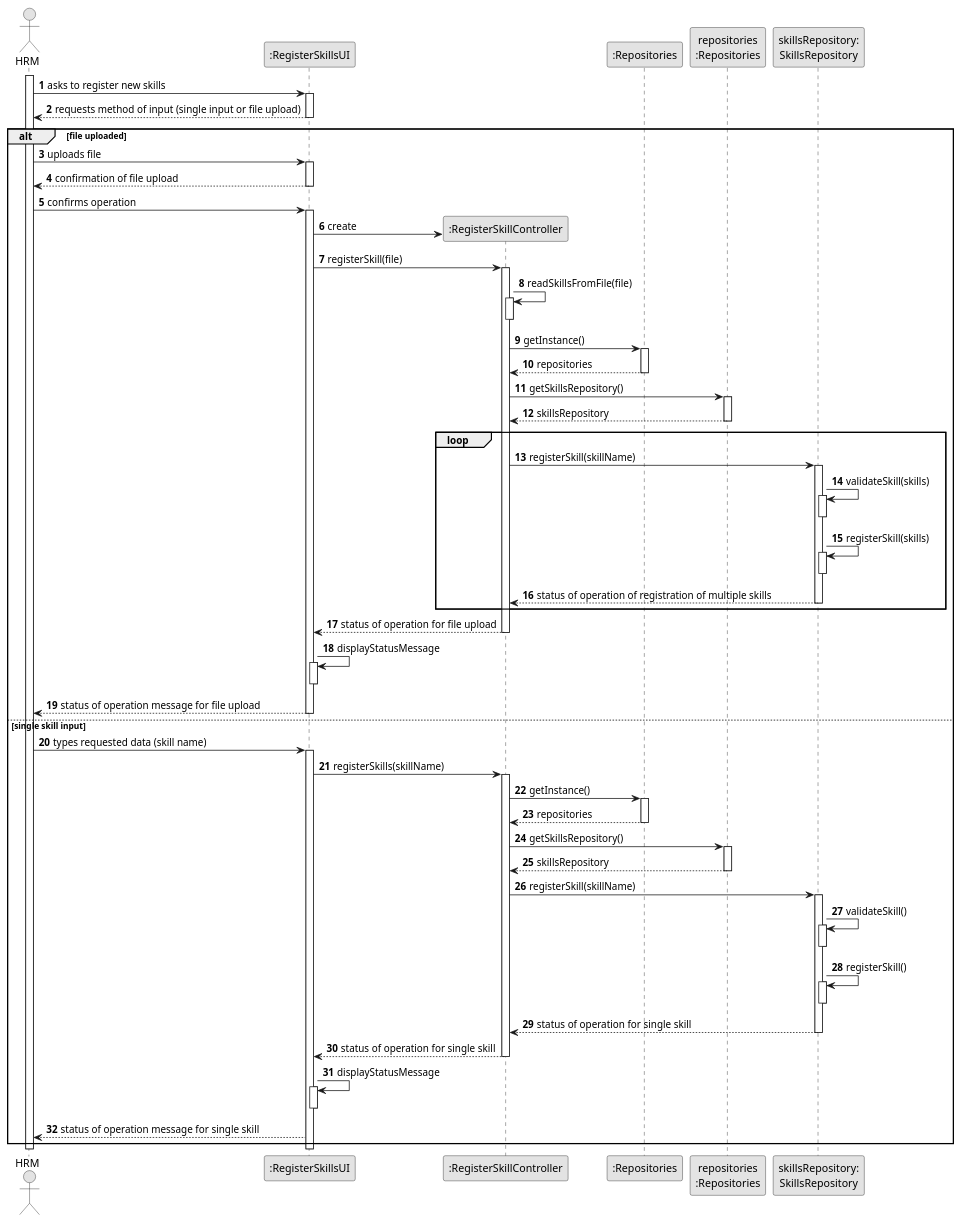
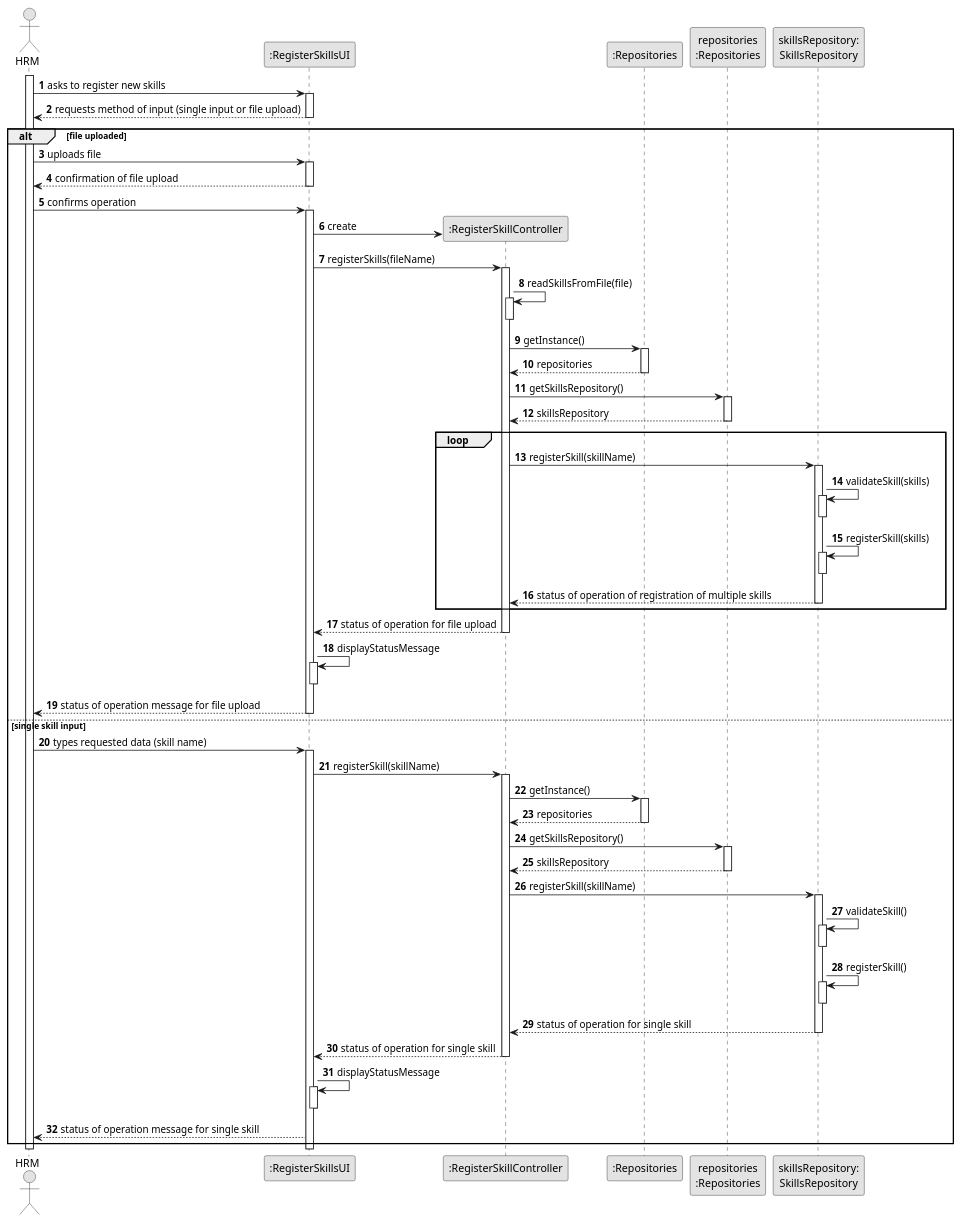
The diagram in docs/sprintB/us001/03.design/puml/us001-sequence-diagram-fullv2.puml (Departamento-de-Engenharia-Informatica/lei-24-s2-1do-g164), drawn with PlantUML before and after one commit. The commit also changed 2 other files, not shown here.

Commit message:
US01(implementation): controller finished (only small corrections required), changes in the sequence diagram

```diff
--- a/docs/sprintB/us001/03.design/puml/us001-sequence-diagram-fullv2.puml
+++ b/docs/sprintB/us001/03.design/puml/us001-sequence-diagram-fullv2.puml
@@ -1,134 +1,134 @@
 @startuml
 skinparam monochrome true
 skinparam packageStyle rectangle
 skinparam shadowing false
 
 autonumber
 
 'hide footbox
 actor "HRM" as ADM
 participant ":RegisterSkillsUI" as UI
 participant ":RegisterSkillController" as CTRL
 participant ":Repositories" as RepositorySingleton
 participant "repositories\n:Repositories" as PLAT
 participant "skillsRepository:\nSkillsRepository" as skillsRepository
 
 
 activate ADM
 
     ADM -> UI : asks to register new skills
     activate UI
     UI --> ADM : requests method of input (single input or file upload)
     deactivate UI
 
 
 
     ' Branch for handling file upload
     alt file uploaded
 
 
 
             ADM -> UI : uploads file
             activate UI
 
 
 
             UI --> ADM : confirmation of file upload
             deactivate UI
 
             ADM -> UI : confirms operation
             activate UI
 
             UI -> CTRL** : create
-        UI -> CTRL : registerSkill(file)
+        UI -> CTRL : registerSkills(fileName)
         activate CTRL
 
         CTRL -> CTRL : readSkillsFromFile(file)
                 activate CTRL
                 deactivate CTRL
 
         CTRL -> RepositorySingleton : getInstance()
         activate RepositorySingleton
 
         RepositorySingleton --> CTRL: repositories
         deactivate RepositorySingleton
 
         CTRL -> PLAT : getSkillsRepository()
         activate PLAT
 
         PLAT --> CTRL: skillsRepository
         deactivate PLAT
 
         loop
 
         CTRL -> skillsRepository : registerSkill(skillName)
         activate skillsRepository
         skillsRepository -> skillsRepository : validateSkill(skills)
         activate skillsRepository
         deactivate skillsRepository
         skillsRepository -> skillsRepository : registerSkill(skills)
         activate skillsRepository
         deactivate skillsRepository
         skillsRepository --> CTRL : status of operation of registration of multiple skills
         deactivate skillsRepository
 
         end
 
         CTRL --> UI : status of operation for file upload
         deactivate CTRL
         UI -> UI : displayStatusMessage
         activate UI
         deactivate UI
 
         UI --> ADM : status of operation message for file upload
         deactivate UI
     else single skill input
 
         ADM -> UI : types requested data (skill name)
             activate UI
 
 
-        UI -> CTRL : registerSkills(skillName)
+        UI -> CTRL : registerSkill(skillName)
 
 
         activate CTRL
 
         CTRL -> RepositorySingleton : getInstance()
         activate RepositorySingleton
 
         RepositorySingleton --> CTRL: repositories
         deactivate RepositorySingleton
 
         CTRL -> PLAT : getSkillsRepository()
         activate PLAT
 
         PLAT --> CTRL: skillsRepository
         deactivate PLAT
 
         CTRL -> skillsRepository : registerSkill(skillName)
         activate skillsRepository
 
         skillsRepository -> skillsRepository : validateSkill()
         activate skillsRepository
         deactivate skillsRepository
         skillsRepository -> skillsRepository : registerSkill()
         activate skillsRepository
         deactivate skillsRepository
         skillsRepository --> CTRL : status of operation for single skill
         deactivate skillsRepository
 
         CTRL --> UI : status of operation for single skill
         deactivate CTRL
 
         UI -> UI : displayStatusMessage
         activate UI
         deactivate UI
 
         UI --> ADM : status of operation message for single skill
     end
 
     deactivate UI
 
 deactivate ADM
 
 @enduml
```
